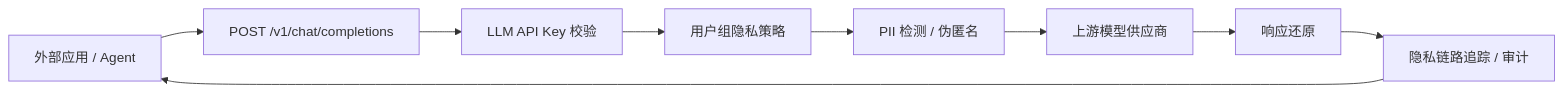
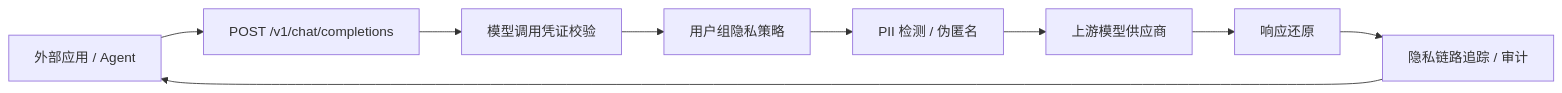
Before and after one commit to HuangLuGuang/skill-manager: the third of 4 diagrams in docs/external-agent-integration.md, drawn with Mermaid. The commit also changed other lines of this file and 37 other files, not shown here.

````diff
--- a/docs/external-agent-integration.md
+++ b/docs/external-agent-integration.md
@@ -191,11 +191,11 @@
 ```mermaid
 flowchart LR
     A["外部应用 / Agent"] --> B["POST /v1/chat/completions"]
-    B --> C["LLM API Key 校验"]
+    B --> C["模型调用凭证校验"]
     C --> D["用户组隐私策略"]
     D --> E["PII 检测 / 伪匿名"]
     E --> F["上游模型供应商"]
     F --> G["响应还原"]
     G --> H["隐私链路追踪 / 审计"]
     H --> A
 ```
````
